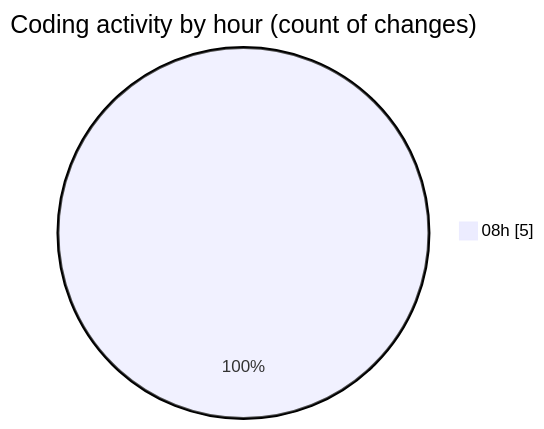
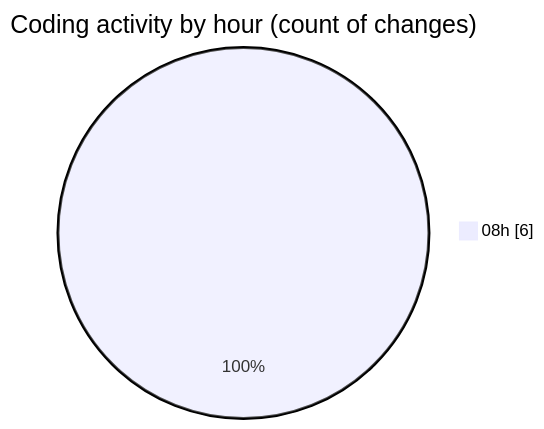
Before and after one commit to vahidmafi/code-tracking: the second of 2 diagrams in 2025-04-11/zeytoon/README.md, drawn with Mermaid. The commit also changed other lines of this file and 1 other file, not shown here.

````diff
--- a/2025-04-11/zeytoon/README.md
+++ b/2025-04-11/zeytoon/README.md
@@ -30,5 +32,5 @@
 ```mermaid
 pie showData
 title Coding activity by hour (count of changes)
-"08h" : 5
+"08h" : 6
 ```
````
